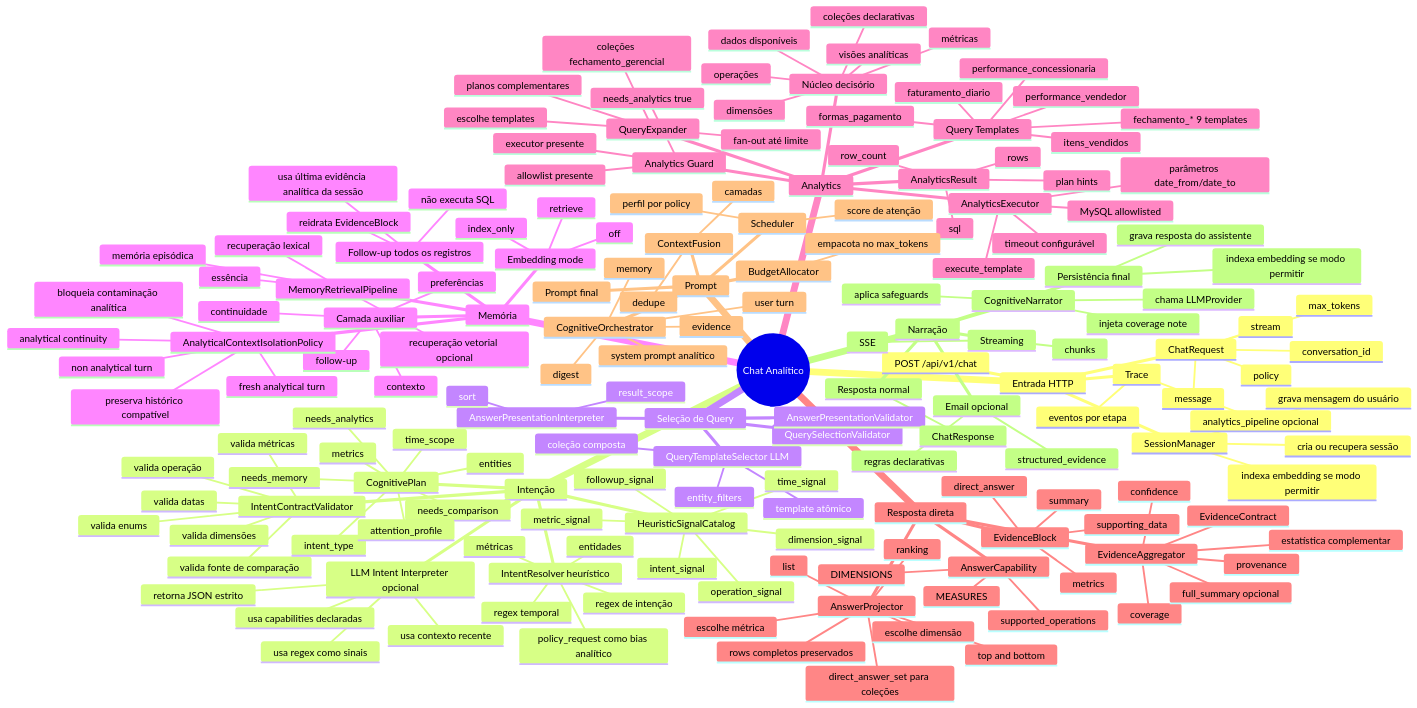
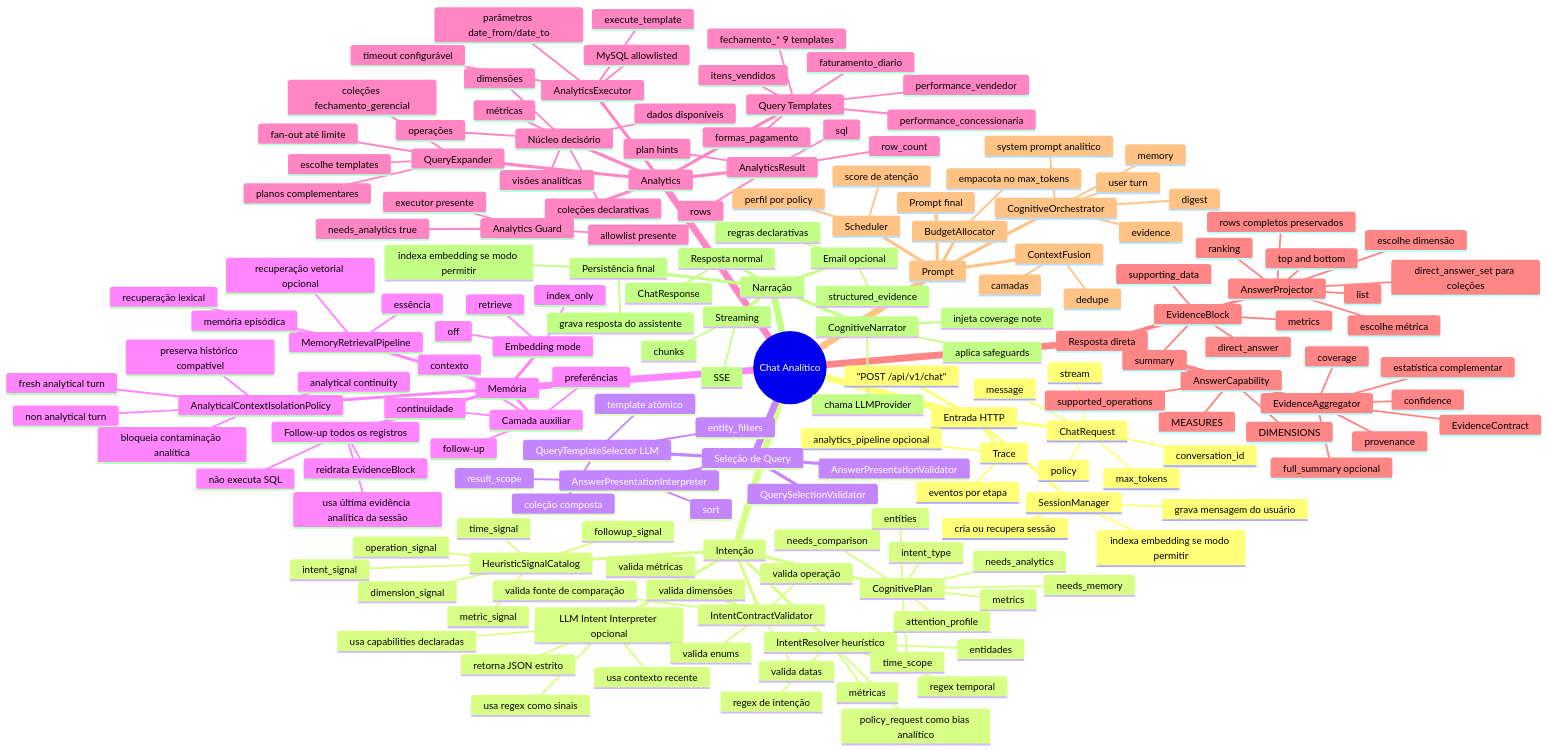
One commit to cristianosantana/jupter_notebook changed the first of 4 diagrams in orion_mcp_v3/docs/architecture/MAPA_MENTAL_FLUXO_PONTA_A_PONTA.md. Above: the diagram before and after it, drawn with Mermaid.

First paragraph of the commit message:
## Auditoria — documento vs logs reais
Comparei o [`MAPA_MENTAL_FLUXO_PONTA_A_PONTA.md`](docs/architecture/MAPA_MENTAL_FLUXO_PONTA_A_PONTA.md) com os dois JSONL. Resultado: **a estrutura geral está correta**, com ajustes pontuais (já aplicados no doc).

```diff
--- a/orion_mcp_v3/docs/architecture/MAPA_MENTAL_FLUXO_PONTA_A_PONTA.md
+++ b/orion_mcp_v3/docs/architecture/MAPA_MENTAL_FLUXO_PONTA_A_PONTA.md
@@ -43,7 +43,7 @@
 mindmap
   root((Chat Analítico))
     Entrada HTTP
-      POST /api/v1/chat
+      "POST /api/v1/chat"
       ChatRequest
         message
         conversation_id
```
